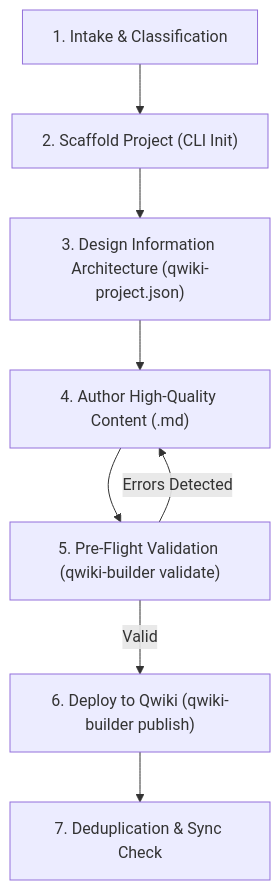
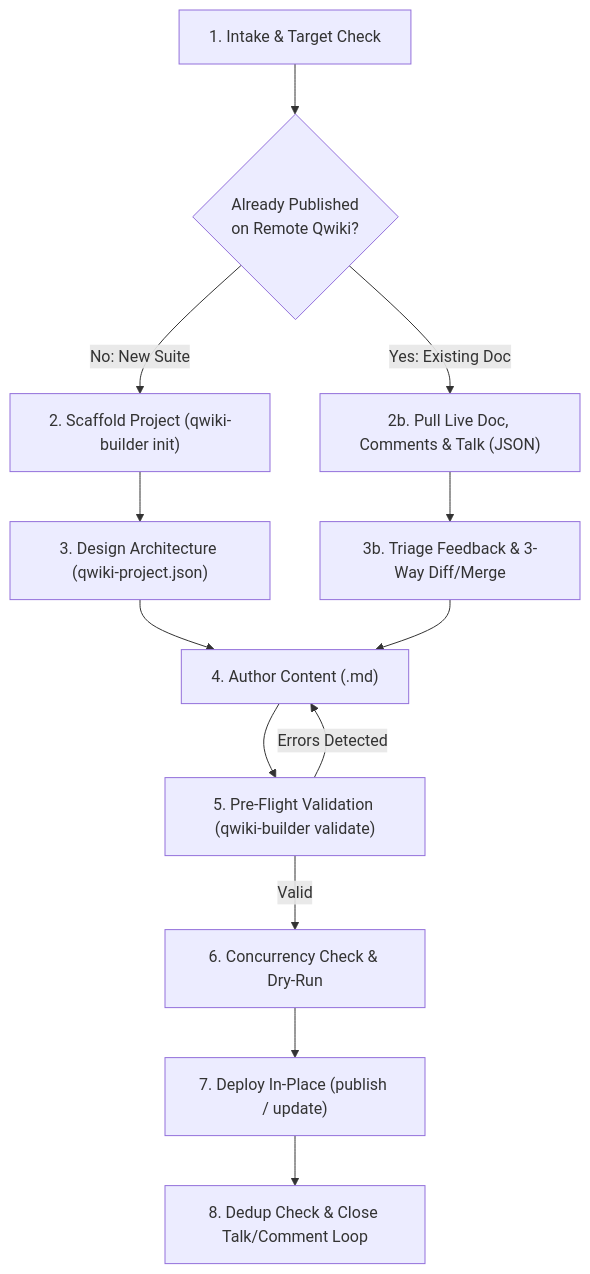
One commit to FrancoBenedetti/qwiki-builder changed the diagram in AGENTS.md. Above: the diagram before and after it, drawn with Mermaid. The commit also changed other lines of this file and 11 other files, not shown here.

````diff
--- a/AGENTS.md
+++ b/AGENTS.md
@@ -23,10 +23,15 @@
 ```mermaid
 flowchart TD
-    A["1. Intake & Classification"] --> B["2. Scaffold Project (CLI Init)"]
-    B --> C["3. Design Information Architecture (qwiki-project.json)"]
-    C --> D["4. Author High-Quality Content (.md)"]
-    D --> E["5. Pre-Flight Validation (qwiki-builder validate)"]
-    E -->|Errors Detected| D
-    E -->|Valid| F["6. Deploy to Qwiki (qwiki-builder publish)"]
-    F --> G["7. Deduplication & Sync Check"]
+    A["1. Intake & Target Check"] --> B{"Already Published<br/>on Remote Qwiki?"}
+    B -->|No: New Suite| C["2. Scaffold Project (qwiki-builder init)"]
+    C --> D["3. Design Architecture (qwiki-project.json)"]
+    D --> E["4. Author Content (.md)"]
+    B -->|Yes: Existing Doc| P1["2b. Pull Live Doc, Comments & Talk (JSON)"]
+    P1 --> P2["3b. Triage Feedback & 3-Way Diff/Merge"]
+    P2 --> E
+    E --> F["5. Pre-Flight Validation (qwiki-builder validate)"]
+    F -->|Errors Detected| E
+    F -->|Valid| G["6. Concurrency Check & Dry-Run"]
+    G --> H["7. Deploy In-Place (publish / update)"]
+    H --> I["8. Dedup Check & Close Talk/Comment Loop"]
 ```
````
